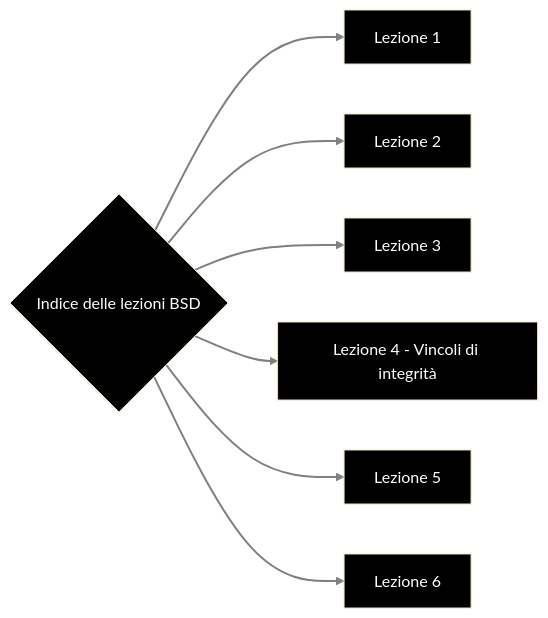
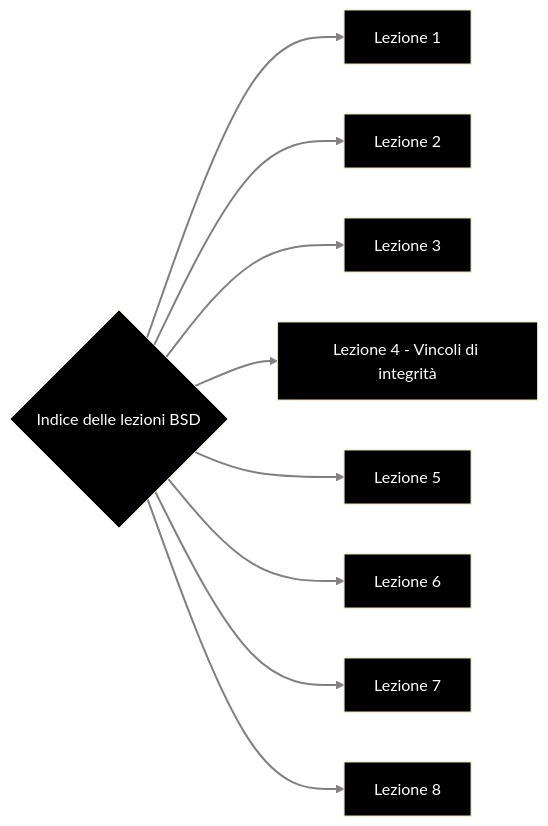
Before and after one commit to francosalvucci14/Appunti-II-anno: the diagram in Appunti BSD/MOD I/Indice delle lezioni BSD.md, drawn with Mermaid (base theme). The commit also changed other lines of this file and 1 other file, not shown here.

Commit message:
vault backup: 2022-12-14 16:21:22

````diff
--- a/Appunti BSD/MOD I/Indice delle lezioni BSD.md
+++ b/Appunti BSD/MOD I/Indice delle lezioni BSD.md
@@ -12,22 +14,26 @@
 ```mermaid
 graph LR
 	A{Indice delle lezioni BSD}
 	B[Lezione 1]
 	C[Lezione 2]
 	D[Lezione 3]
 	E[Lezione 4 - Vincoli di integrità]
 	F[Lezione 5]
 	G[Lezione 6]
+	H[Lezione 7]
+	I[Lezione 8]
 	
 	linkStyle default stroke-width:2px,fill:none,stroke:grey,color:red
 
 	style A fill:black, color:#fff
 	style B fill:black, color:#fff
 	style C fill:black, color:#fff
 	style D fill:black, color:#fff
 	style E fill:black, color:#fff
 	style F fill:black, color:#fff
 	style G fill:black, color:#fff
-	A-->B & C & D & E & F & G
+	style H fill:black, color:#fff
+	style I fill:black, color:#fff
+	A-->B & C & D & E & F & G & H & I
 	
 ```
````
